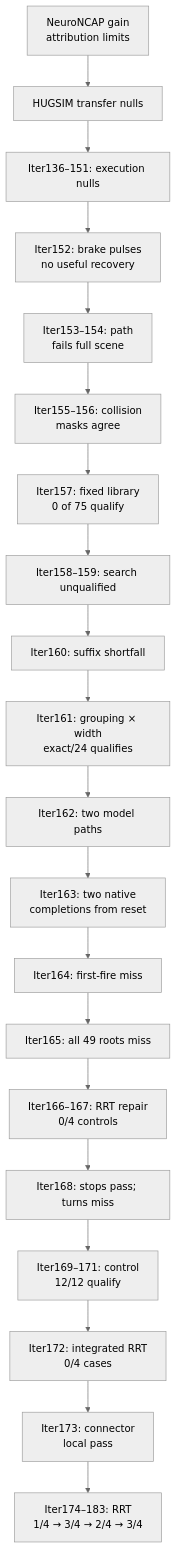
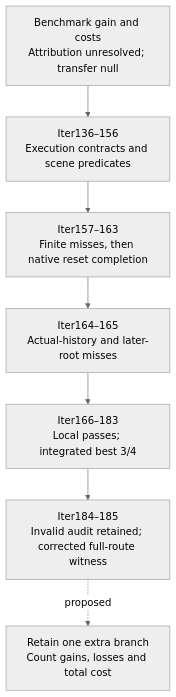
One commit to manfromnowhere143/sentinel changed the second of 3 diagrams in README.md. Above: the diagram before and after it, drawn with Mermaid (neutral theme). The commit also changed other lines of this file and 8 other files, not shown here.

Commit message:
Present the complete Sentinel research record and prospective branch-retention test

````diff
--- a/README.md
+++ b/README.md
@@ -228,24 +248,11 @@
 ```mermaid
 flowchart TB
-  accTitle: How evidence changed the question
-  accDescr: Local qualification is not first-fire recovery.
-  N["NeuroNCAP gain<br/>attribution limits"] --> T["HUGSIM transfer nulls"]
-  T --> E["Iter136–151: execution nulls"]
-  E --> P["Iter152: brake pulses<br/>no useful recovery"]
-  P --> M["Iter153–154: path<br/>fails full scene"]
-  M --> W["Iter155–156: collision<br/>masks agree"]
-  W --> L["Iter157: fixed library<br/>0 of 75 qualify"]
-  L --> A["Iter158–159: search unqualified"]
-  A --> K["Iter160: suffix shortfall"]
-  K --> G["Iter161: grouping × width<br/>exact/24 qualifies"]
-  G --> S["Iter162: two model paths"]
-  S --> V["Iter163: two native<br/>completions from reset"]
-  V --> B["Iter164: first-fire miss"]
-  B --> D["Iter165: all 49 roots miss"]
-  D --> R["Iter166–167: RRT repair<br/>0/4 controls"]
-  R --> J["Iter168: stops pass; turns miss"]
-  J --> H["Iter169–171: control<br/>12/12 qualify"]
-  H --> I["Iter172: integrated RRT<br/>0/4 cases"]
-  I --> O["Iter173: connector<br/>local pass"]
-  O --> U["Iter174–183: RRT<br/>1/4 → 3/4 → 2/4 → 3/4"]
+  accTitle: How the research question changed
+  accDescr: Gains and failures lead to execution checks, recovery qualification and a prospective retention test.
+  N["Benchmark gain and costs<br/>Attribution unresolved; transfer null"] --> E["Iter136–156<br/>Execution contracts and scene predicates"]
+  E --> R["Iter157–163<br/>Finite misses, then native reset completion"]
+  R --> H["Iter164–165<br/>Actual-history and later-root misses"]
+  H --> Q["Iter166–183<br/>Local passes; integrated best 3/4"]
+  Q --> A["Iter184–185<br/>Invalid audit retained; corrected full-route witness"]
+  A -. "proposed" .-> P["Retain one extra branch<br/>Count gains, losses and total cost"]
 ```
````
